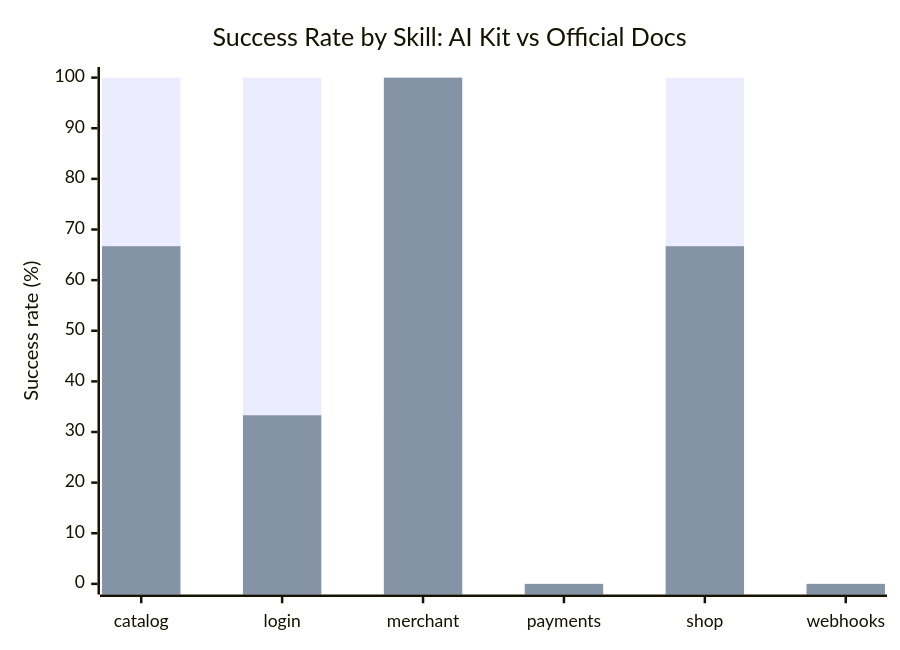
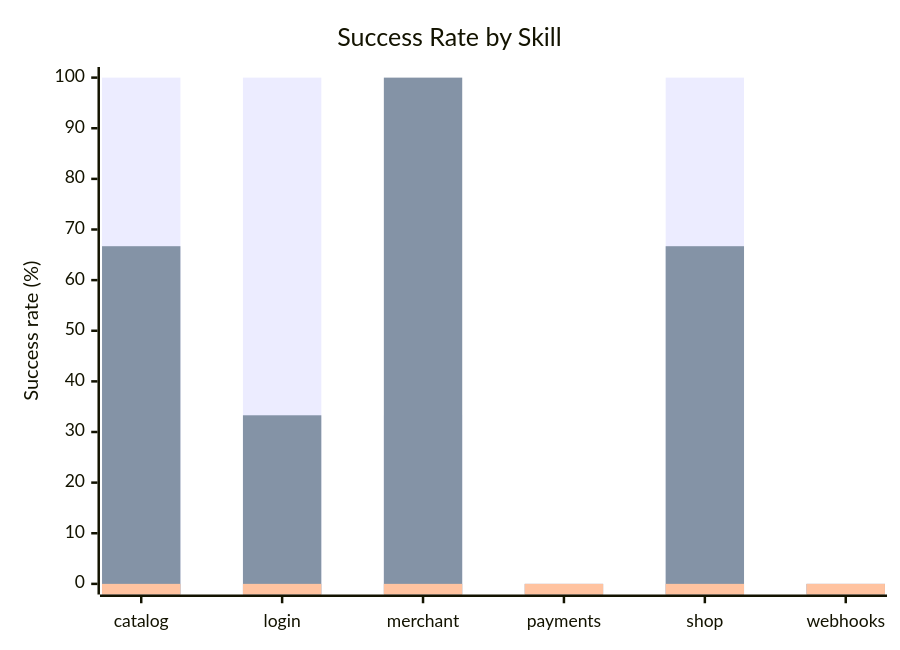
The first of 3 diagrams in README.md (apyanzin-xsolla/ai-kit-eval-dashboard), drawn with Mermaid before and after one commit. The commit also changed other lines of this file and 1 other file, not shown here.

````diff
--- a/README.md
+++ b/README.md
@@ -77,8 +80,9 @@
 ```mermaid
 xychart-beta
-    title "Success Rate by Skill: AI Kit vs Official Docs"
+    title "Success Rate by Skill"
     x-axis ["catalog", "login", "merchant", "payments", "shop", "webhooks"]
     y-axis "Success rate (%)" 0 --> 100
     bar [100, 100, 33.3, 0, 100, 0]
     bar [66.7, 33.3, 100, 0, 66.7, 0]
+    bar [0, 0, 0, 0, 0, 0]
 ```
````
